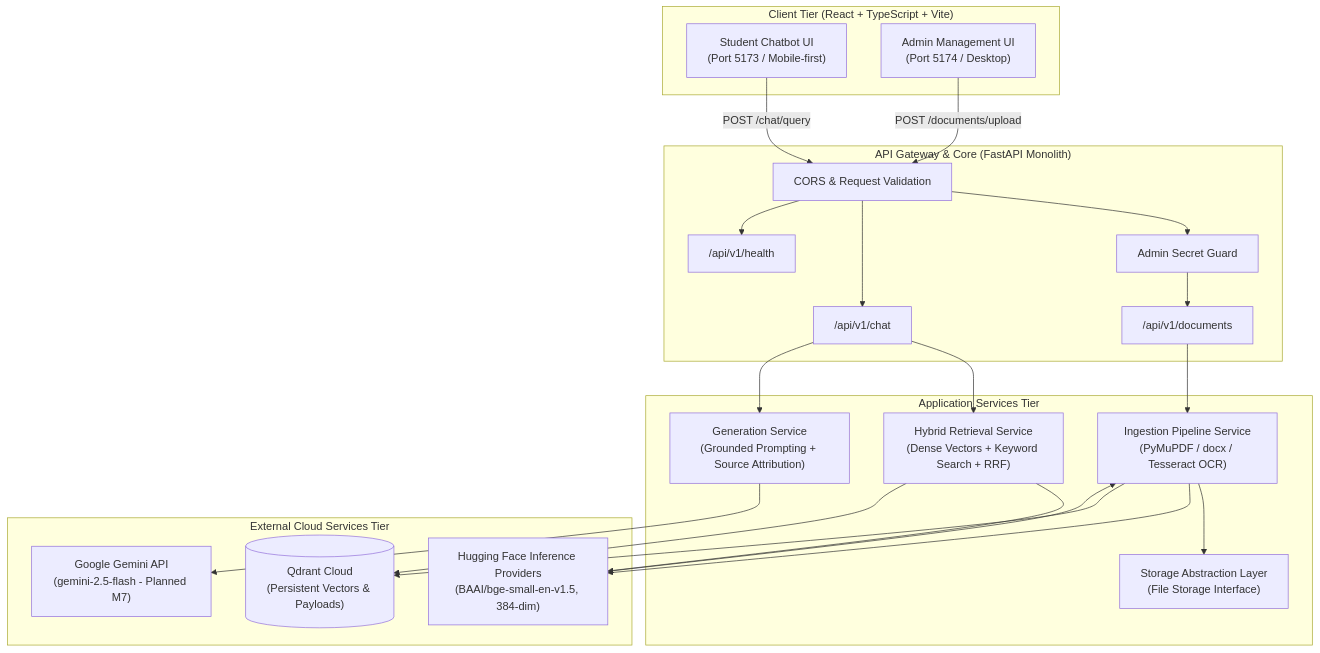
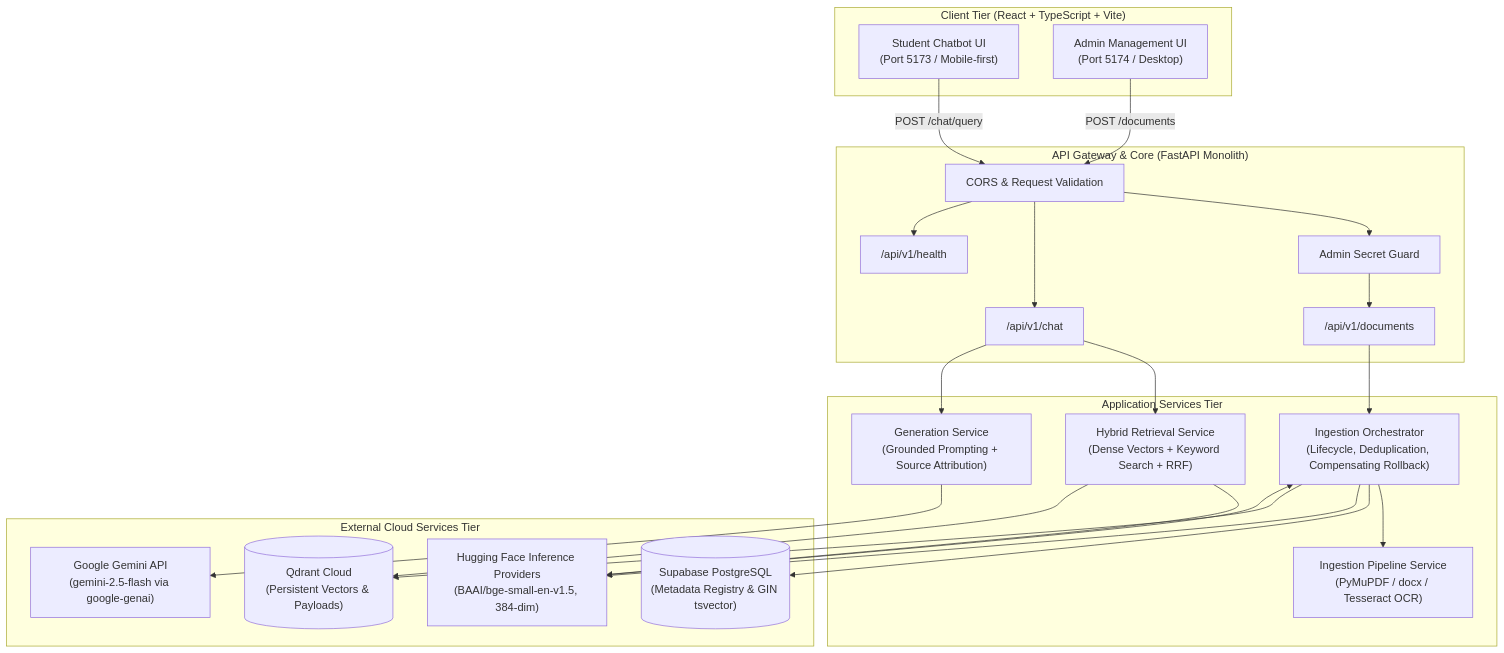
The diagram in docs/architecture/SYSTEM_ARCHITECTURE.md (manmathk31/RAG-Based-College-Knowledge-Assistant), drawn with Mermaid before and after one commit. The commit also changed other lines of this file and 72 other files, not shown here.

````diff
--- a/docs/architecture/SYSTEM_ARCHITECTURE.md
+++ b/docs/architecture/SYSTEM_ARCHITECTURE.md
@@ -9,48 +9,50 @@
 ```mermaid
 flowchart TD
     subgraph Frontends ["Client Tier (React + TypeScript + Vite)"]
         UserApp["Student Chatbot UI<br/>(Port 5173 / Mobile-first)"]
         AdminApp["Admin Management UI<br/>(Port 5174 / Desktop)"]
     end
 
     subgraph BackendGateway ["API Gateway & Core (FastAPI Monolith)"]
         CORS["CORS & Request Validation"]
         AuthMiddleware["Admin Secret Guard"]
         RouterChat["/api/v1/chat"]
         RouterIngest["/api/v1/documents"]
         RouterHealth["/api/v1/health"]
     end
 
     subgraph BackendServices ["Application Services Tier"]
         IngestionSvc["Ingestion Pipeline Service<br/>(PyMuPDF / docx / Tesseract OCR)"]
+        Orchestrator["Ingestion Orchestrator<br/>(Lifecycle, Deduplication, Compensating Rollback)"]
         RetrievalSvc["Hybrid Retrieval Service<br/>(Dense Vectors + Keyword Search + RRF)"]
         GenerationSvc["Generation Service<br/>(Grounded Prompting + Source Attribution)"]
-        StorageSvc["Storage Abstraction Layer<br/>(File Storage Interface)"]
     end
 
     subgraph ExternalServices ["External Cloud Services Tier"]
+        SupabaseDB[("Supabase PostgreSQL<br/>(Metadata Registry & GIN tsvector)")]
         HFEmbed["Hugging Face Inference Providers<br/>(BAAI/bge-small-en-v1.5, 384-dim)"]
-        GeminiGen["Google Gemini API<br/>(gemini-2.5-flash - Planned M7)"]
+        GeminiGen["Google Gemini API<br/>(gemini-2.5-flash via google-genai)"]
         QdrantCloud[("Qdrant Cloud<br/>(Persistent Vectors & Payloads)")]
     end
 
     UserApp -->|POST /chat/query| CORS
-    AdminApp -->|POST /documents/upload| CORS
+    AdminApp -->|POST /documents| CORS
     CORS --> AuthMiddleware
     AuthMiddleware --> RouterIngest
     CORS --> RouterChat
     CORS --> RouterHealth
 
     RouterChat --> RetrievalSvc
     RouterChat --> GenerationSvc
-    RouterIngest --> IngestionSvc
+    RouterIngest --> Orchestrator
 
-    IngestionSvc --> StorageSvc
-    IngestionSvc --> HFEmbed
-    HFEmbed --> IngestionSvc
-    IngestionSvc --> QdrantCloud
+    Orchestrator --> IngestionSvc
+    Orchestrator --> SupabaseDB
+    Orchestrator --> HFEmbed
+    HFEmbed --> Orchestrator
+    Orchestrator --> QdrantCloud
 
     RetrievalSvc --> HFEmbed
     RetrievalSvc --> QdrantCloud
     GenerationSvc --> GeminiGen
 ```
````
